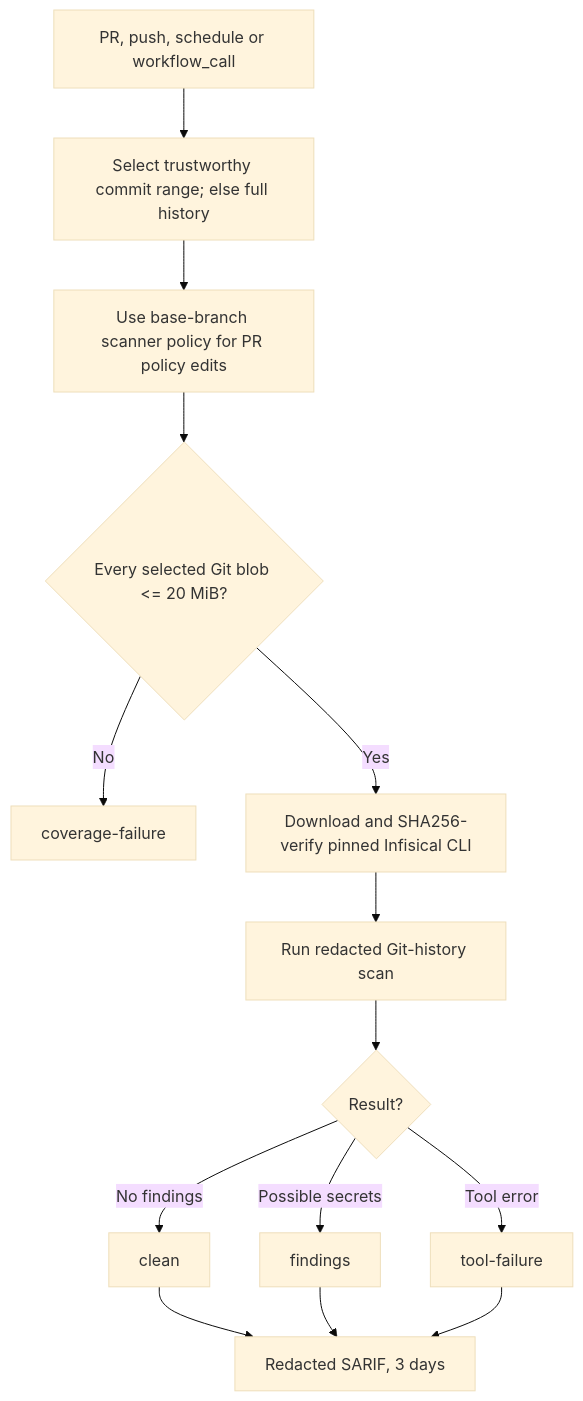
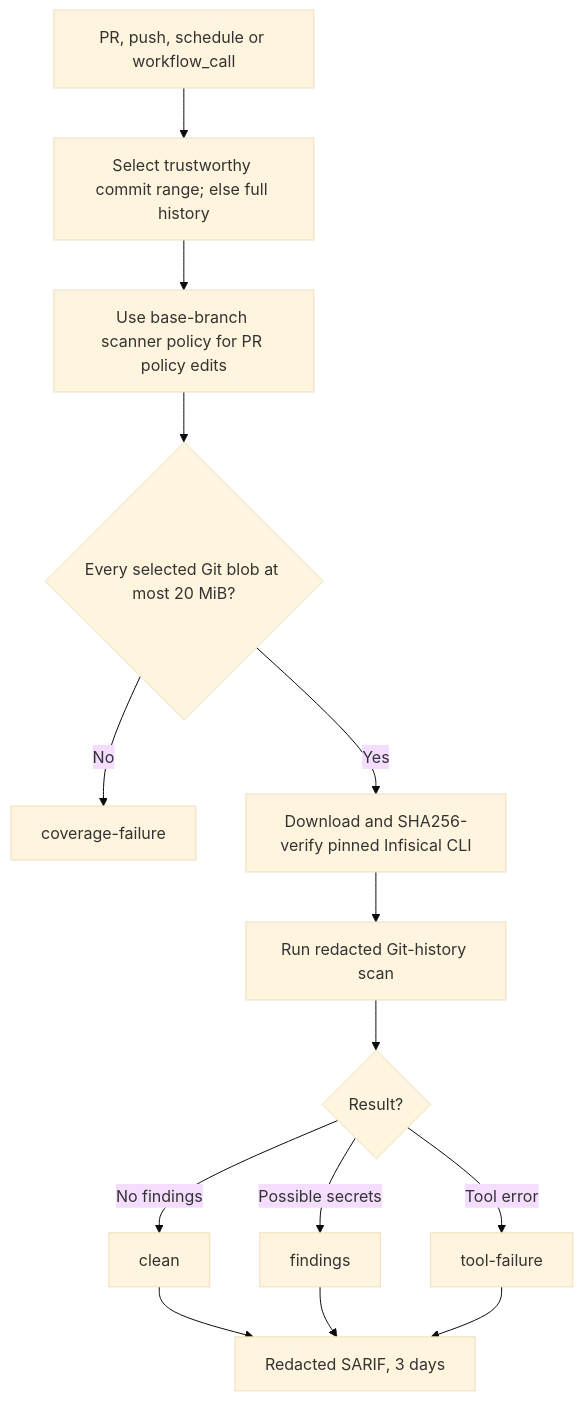
The sixth of 8 diagrams in docs/automation-flows.md (rodri-oliveira-dev/.github), drawn with Mermaid (base theme) before and after one commit. The commit also changed 3 other files, not shown here.

Commit message:
docs: clarify integration coverage, localize recovery guidance and refine Mermaid labels

````diff
--- a/docs/automation-flows.md
+++ b/docs/automation-flows.md
@@ -118,16 +118,16 @@
 ```mermaid
 flowchart TD
   Event["PR, push, schedule or workflow_call"] --> Scope["Select trustworthy commit range; else full history"]
   Scope --> Policy["Use base-branch scanner policy for PR policy edits"]
-  Policy --> Size{"Every selected Git blob <= 20 MiB?"}
+  Policy --> Size{"Every selected Git blob at most 20 MiB?"}
   Size -->|No| Coverage["coverage-failure"]
   Size -->|Yes| Install["Download and SHA256-verify pinned Infisical CLI"]
   Install --> Scan["Run redacted Git-history scan"]
   Scan --> Status{"Result?"}
   Status -->|No findings| Clean["clean"]
   Status -->|Possible secrets| Findings["findings"]
   Status -->|Tool error| Failure["tool-failure"]
   Clean --> SARIF["Redacted SARIF, 3 days"]
   Findings --> SARIF
   Failure --> SARIF
 ```
````
